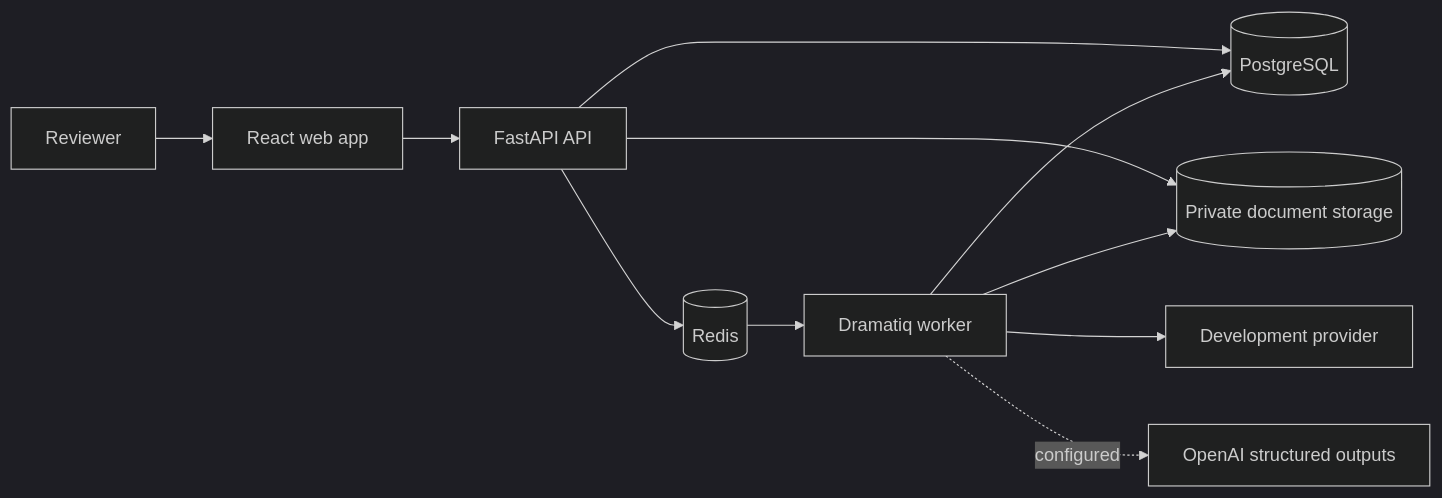
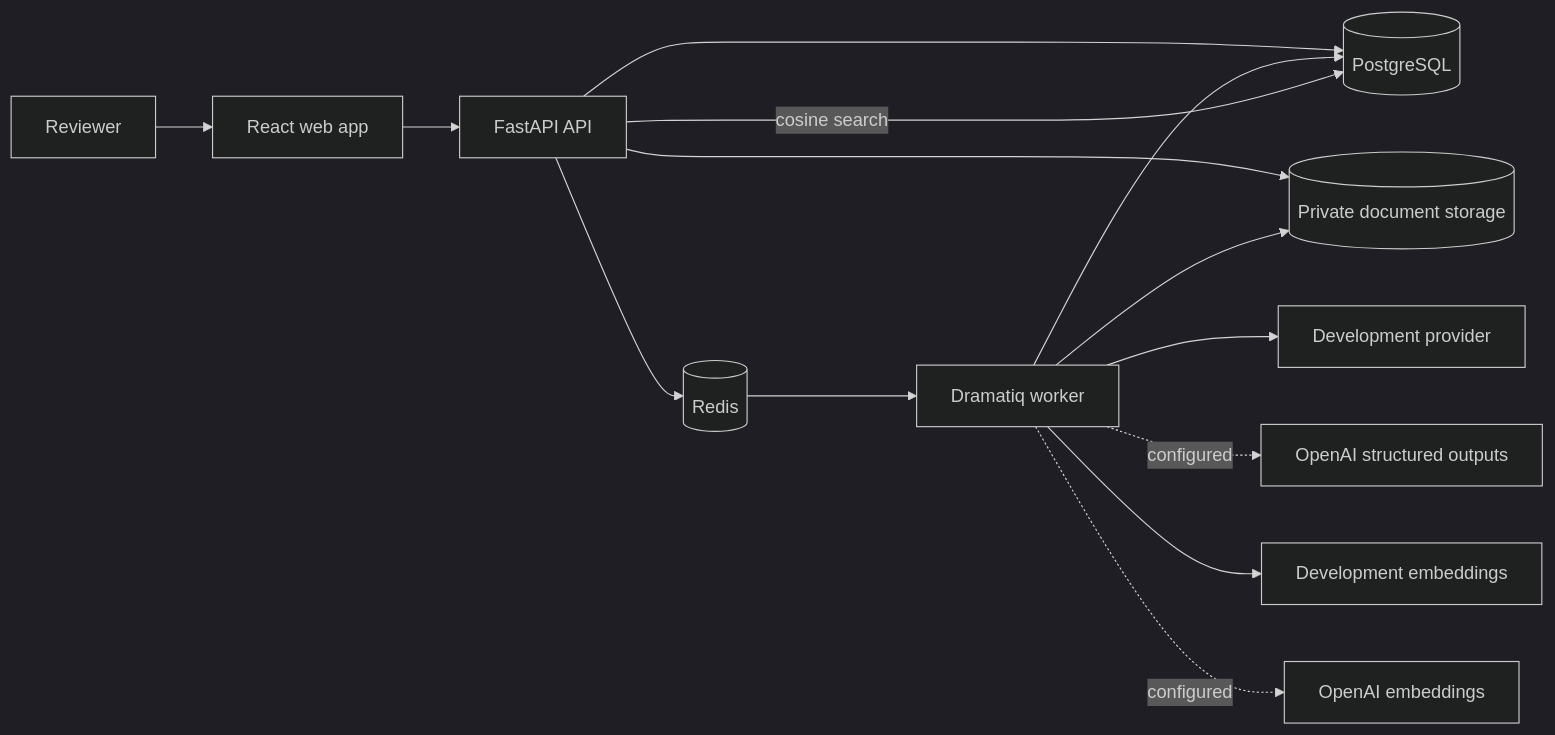
The diagram in README.md (hafiz475/AI-Document-Intelligence-Verification-Platform), drawn with Mermaid (dark theme) before and after one commit. The commit also changed other lines of this file and 40 other files, not shown here.

````diff
--- a/README.md
+++ b/README.md
@@ -48,13 +55,16 @@
-~~~mermaid
+```mermaid
 flowchart LR
     U[Reviewer] --> W[React web app]
     W --> A[FastAPI API]
     A --> P[(PostgreSQL)]
     A --> R[(Redis)]
     R --> J[Dramatiq worker]
     A --> S[(Private document storage)]
     J --> S
     J --> P
     J --> D[Development provider]
     J -. configured .-> O[OpenAI structured outputs]
-~~~
+    J --> E[Development embeddings]
+    J -. configured .-> OE[OpenAI embeddings]
+    A -->|cosine search| P
+```
````
